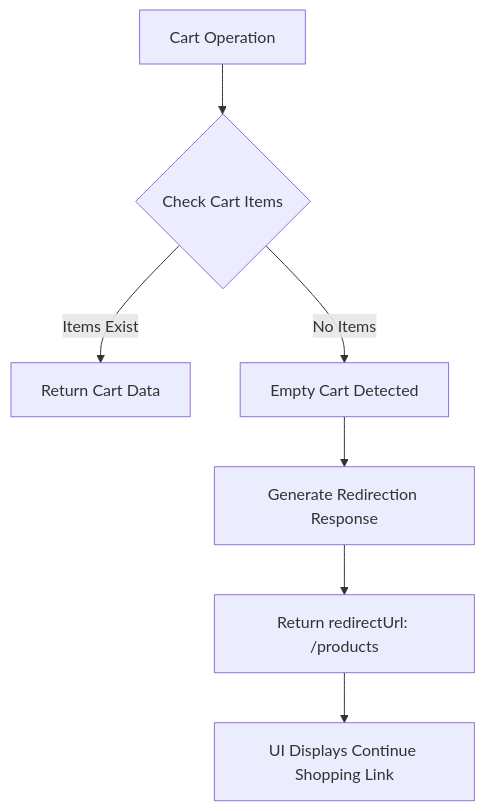
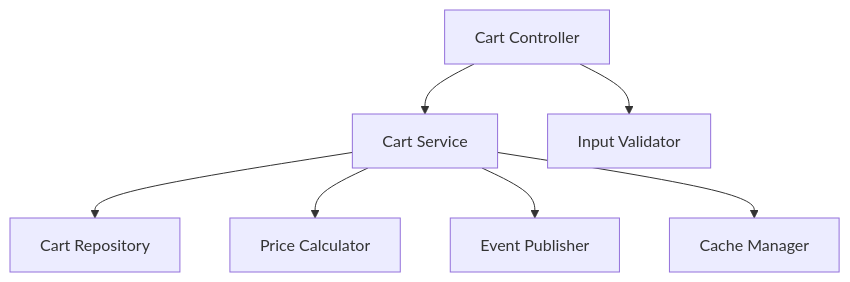
Before and after one commit to NavneetBN47/aava-ecom-demo: the second of 2 diagrams in docs/LLD/lld.md, drawn with Mermaid. The commit also changed other lines of this file, not shown here.

````diff
--- a/docs/LLD/lld.md
+++ b/docs/LLD/lld.md
@@ -249,9 +216,17 @@
 ```mermaid
-flowchart TD
-    A[Cart Operation] --> B{Check Cart Items}
-    B -->|Items Exist| C[Return Cart Data]
-    B -->|No Items| D[Empty Cart Detected]
-    D --> E[Generate Redirection Response]
-    E --> F[Return redirectUrl: /products]
-    F --> G[UI Displays Continue Shopping Link]
+graph TB
+    Controller[Cart Controller]
+    Service[Cart Service]
+    Repository[Cart Repository]
+    Validator[Input Validator]
+    PriceService[Price Calculator]
+    EventPublisher[Event Publisher]
+    CacheManager[Cache Manager]
+    
+    Controller --> Validator
+    Controller --> Service
+    Service --> Repository
+    Service --> PriceService
+    Service --> EventPublisher
+    Service --> CacheManager
 ```
````
